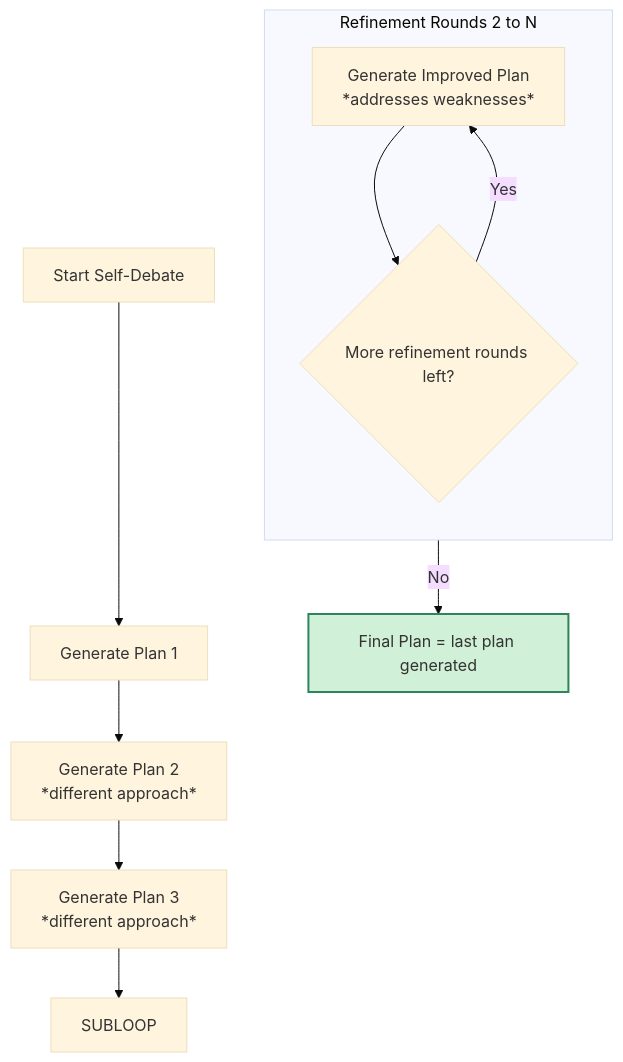
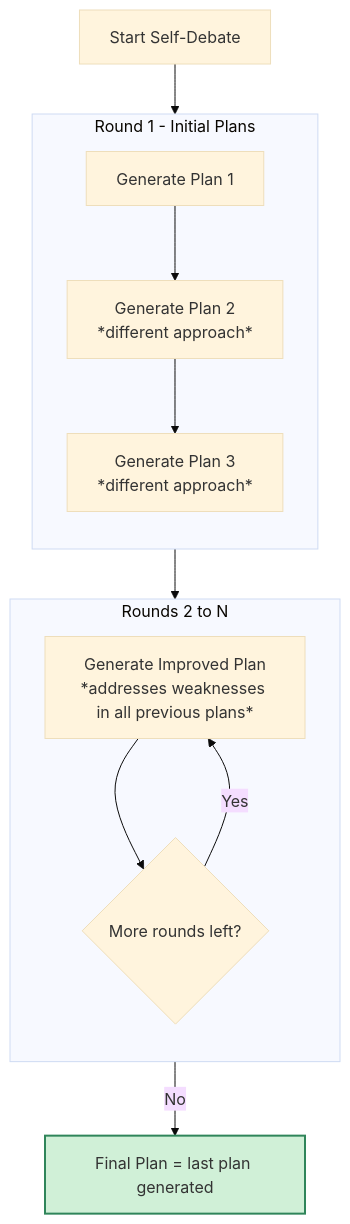
One commit to jalehman/mcp-sage changed the second of 2 diagrams in README.md. Above: the diagram before and after it, drawn with Mermaid (base theme). The commit also changed other lines of this file, not shown here.

Commit message:
docs: refine debate flow diagrams for clarity
- Remove redundant LOOPCHK node in multi-model diagram
- Group the diagrams with explicit round labeling in subgraphs
- Make self-debate diagram follow the same structure as multi-model
- Improve overall flow clarity and visual consistency

🤖 Generated with [Claude Code](https://claude.ai/code)

````diff
--- a/README.md
+++ b/README.md
@@ -126,18 +125,23 @@
 ```mermaid
 flowchart TD
-  SD0[Start Self-Debate] --> P1[Generate Plan 1]
-  P1 --> P2[Generate Plan 2<br/>*different approach*]
-  P2 --> P3[Generate Plan 3<br/>*different approach*]
+  SD0[Start Self-Debate] --> R1
 
-  P3 --> SUBLOOP
-  subgraph "Refinement Rounds 2 to N"
+  subgraph R1["Round 1 - Initial Plans"]
     direction TB
-    REF[Generate Improved Plan<br/>*addresses weaknesses*]
-    DEC{More refinement rounds left?}
+    P1[Generate Plan 1] --> P2[Generate Plan 2<br/>*different approach*]
+    P2 --> P3[Generate Plan 3<br/>*different approach*]
+  end
+
+  subgraph RN["Rounds 2 to N"]
+    direction TB
+    REF[Generate Improved Plan<br/>*addresses weaknesses in all previous plans*]
+    DEC{More rounds left?}
     REF --> DEC
     DEC -->|Yes| REF
   end
+  
+  R1 --> RN
   DEC -->|No| FP[Final Plan = last plan generated]
 
   style FP fill:#D0F0D7,stroke:#2F855A,stroke-width:2px
 ```
````
